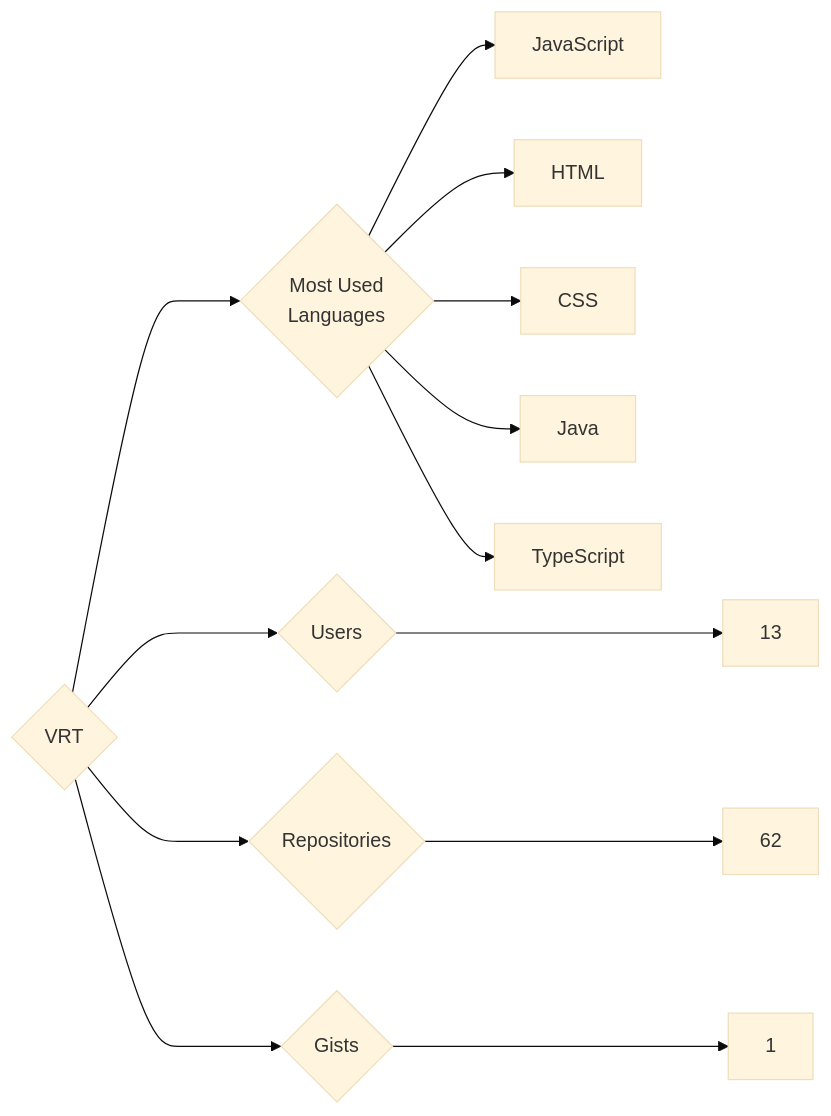
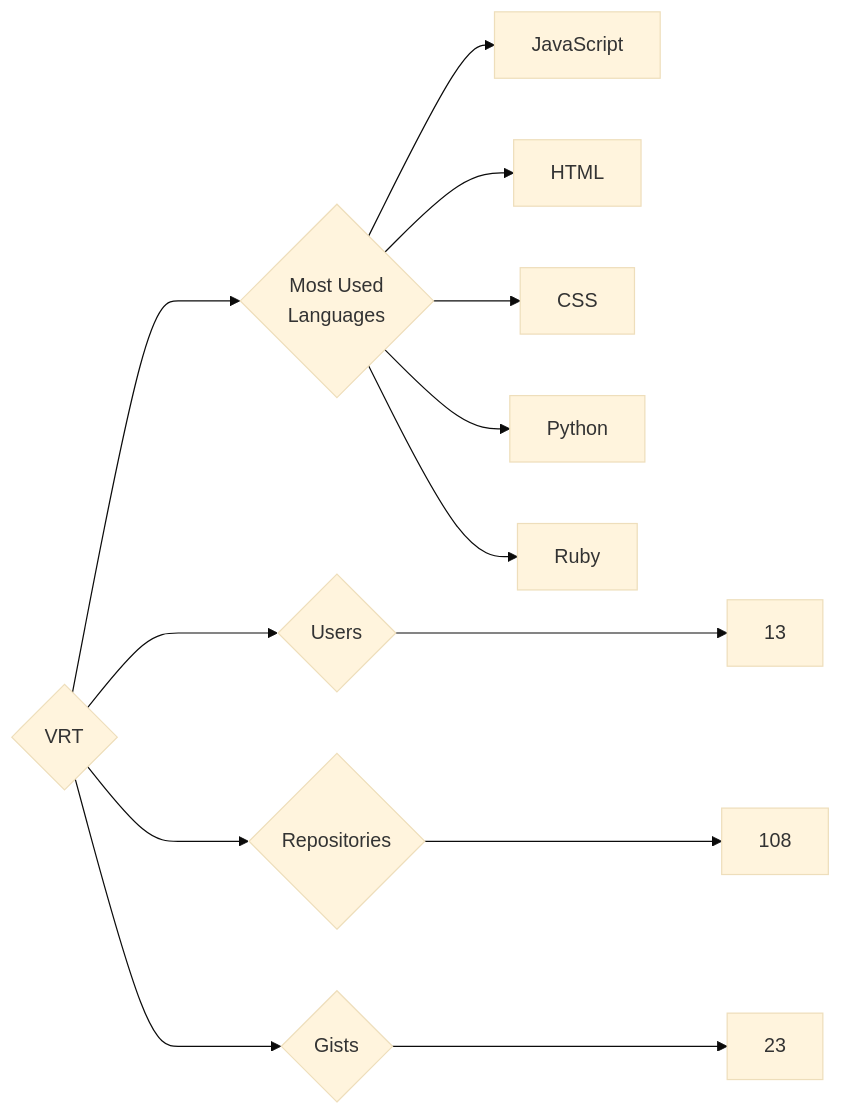
One commit to trickest/insiders changed the diagram in targets/VRT/README.md. Above: the diagram before and after it, drawn with Mermaid (base theme). The commit also changed 870 other files, not shown here.

````diff
--- a/targets/VRT/README.md
+++ b/targets/VRT/README.md
@@ -3,13 +3,13 @@
 ```mermaid
 graph LR
 COMPANY_NAME{VRT}
 COMPANY_NAME ---> U{Users} ---> UN[13]
-COMPANY_NAME ---> R{Repositories} ---> RN[62]
-COMPANY_NAME ---> G{Gists} ---> GN[1]
+COMPANY_NAME ---> R{Repositories} ---> RN[108]
+COMPANY_NAME ---> G{Gists} ---> GN[23]
 COMPANY_NAME ---> ML{Most Used<br>Languages}
 ML --> JavaScript[JavaScript]
 ML --> HTML[HTML]
 ML --> CSS[CSS]
-ML --> Java[Java]
-ML --> TypeScript[TypeScript]
+ML --> Python[Python]
+ML --> Ruby[Ruby]
 ```
````
